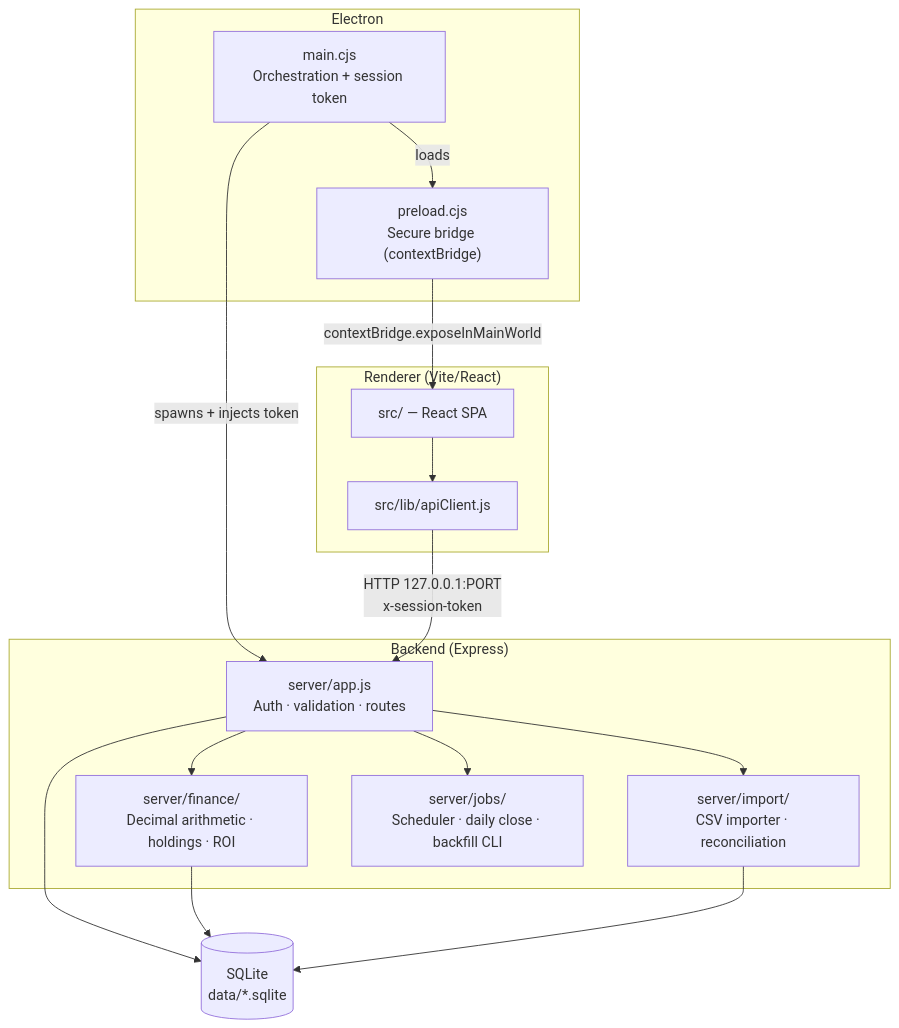
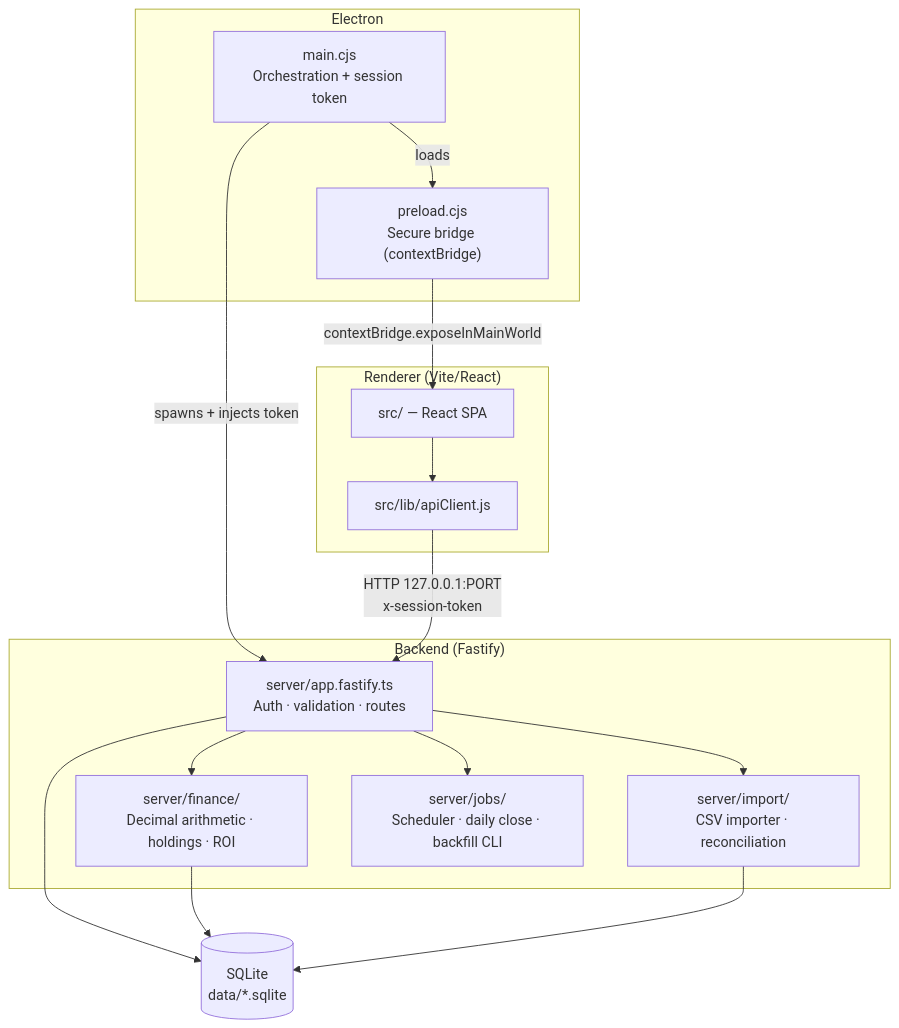
Before and after one commit to cortega26/portfolio-manager-server: the diagram in context/ARCHITECTURE.md, drawn with Mermaid. The commit also changed other lines of this file and 70 other files, not shown here.

````diff
--- a/context/ARCHITECTURE.md
+++ b/context/ARCHITECTURE.md
@@ -61,30 +61,30 @@
 ```mermaid
 graph TD
     subgraph Electron
         MAIN["main.cjs\nOrchestration + session token"]
         PRELOAD["preload.cjs\nSecure bridge (contextBridge)"]
     end
     subgraph Renderer["Renderer (Vite/React)"]
         REACT["src/ — React SPA"]
         CLIENT["src/lib/apiClient.js"]
     end
-    subgraph Backend["Backend (Express)"]
-        EXPRESS["server/app.js\nAuth · validation · routes"]
+    subgraph Backend["Backend (Fastify)"]
+        EXPRESS["server/app.fastify.ts\nAuth · validation · routes"]
         FINANCE["server/finance/\nDecimal arithmetic · holdings · ROI"]
         IMPORT["server/import/\nCSV importer · reconciliation"]
         JOBS["server/jobs/\nScheduler · daily close · backfill CLI"]
     end
     DB[("SQLite\ndata/*.sqlite")]
 
     MAIN -->|"spawns + injects token"| EXPRESS
     MAIN -->|"loads"| PRELOAD
     PRELOAD -->|"contextBridge.exposeInMainWorld"| REACT
     REACT --> CLIENT
     CLIENT -->|"HTTP 127.0.0.1:PORT\nx-session-token"| EXPRESS
     EXPRESS --> FINANCE
     EXPRESS --> IMPORT
     EXPRESS --> JOBS
     EXPRESS --> DB
     FINANCE --> DB
     IMPORT --> DB
 ```
````
